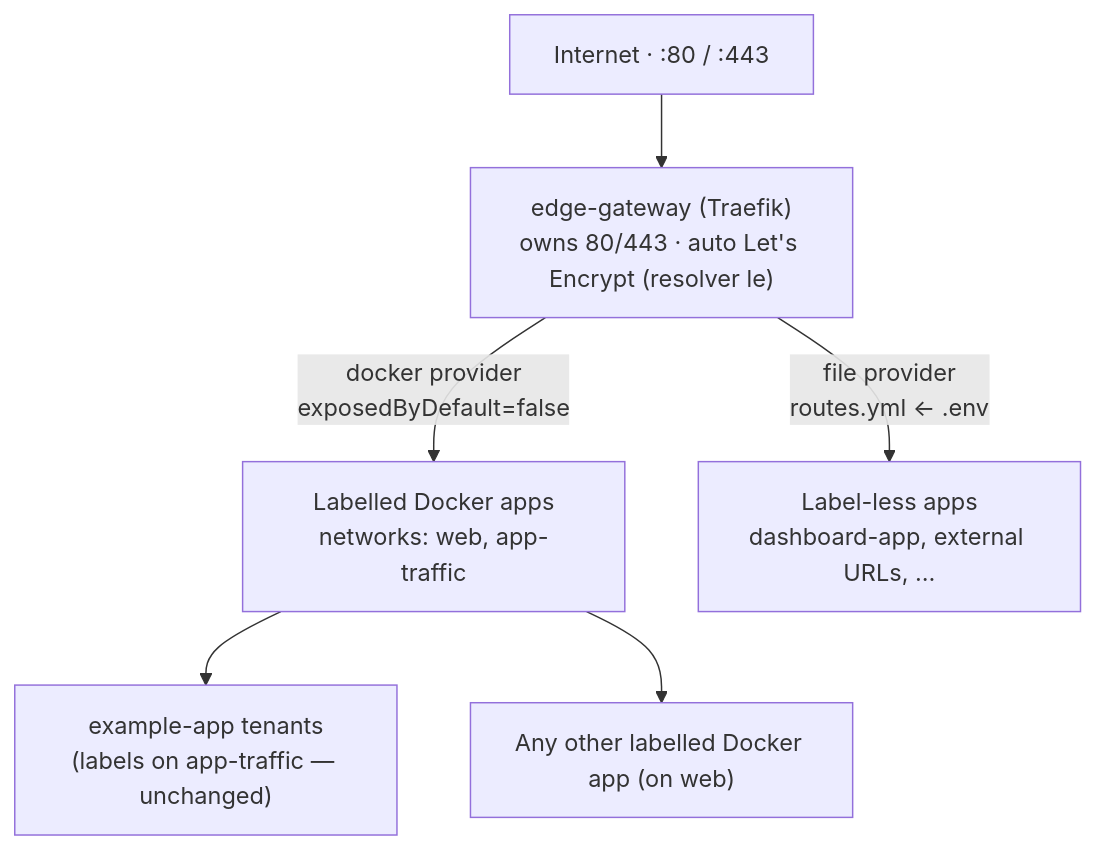
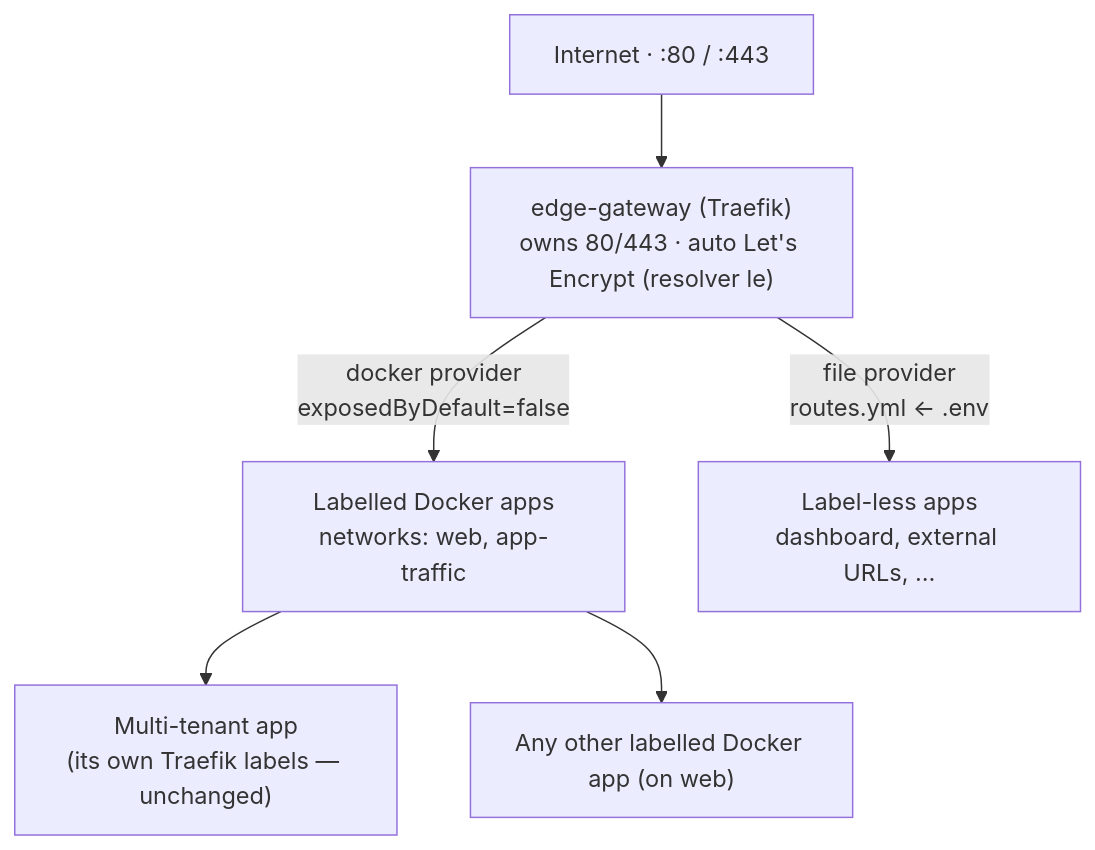
One commit to A7med-Sghaier/edge-gateway changed the diagram in README.md. Above: the diagram before and after it, drawn with Mermaid. The commit also changed other lines of this file and 4 other files, not shown here.

Commit message:
docs: genericize edge gateway as an app-agnostic solution

````diff
--- a/README.md
+++ b/README.md
@@ -58,8 +59,8 @@
 ```mermaid
 flowchart TD
   Net["Internet · :80 / :443"] --> Edge["edge-gateway (Traefik)<br/>owns 80/443 · auto Let's Encrypt (resolver le)"]
   Edge -->|docker provider<br/>exposedByDefault=false| Docker["Labelled Docker apps<br/>networks: web, app-traffic"]
-  Docker --> App["example-app tenants<br/>(labels on app-traffic — unchanged)"]
+  Docker --> Tenants["Multi-tenant app<br/>(its own Traefik labels — unchanged)"]
   Docker --> Other["Any other labelled Docker app (on web)"]
-  Edge -->|file provider<br/>routes.yml ← .env| File["Label-less apps<br/>dashboard-app, external URLs, …"]
+  Edge -->|file provider<br/>routes.yml ← .env| File["Label-less apps<br/>dashboard, external URLs, …"]
 ```
````
